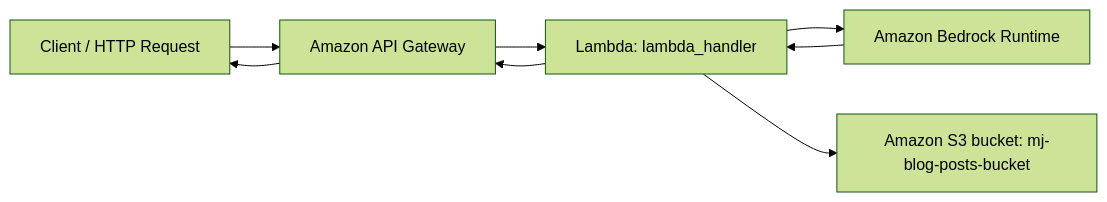
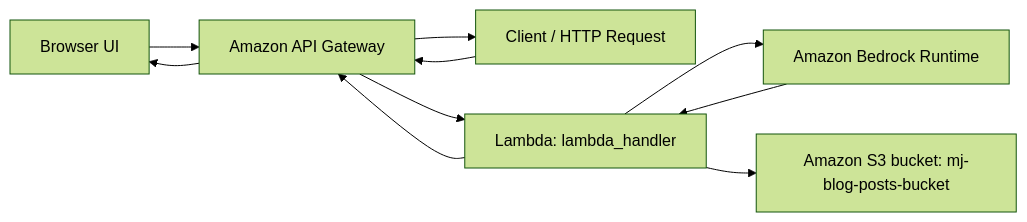
Before and after one commit to manishaj-code/blog-generation: the diagram in README.md, drawn with Mermaid (forest theme). The commit also changed other lines of this file, not shown here.

````diff
--- a/README.md
+++ b/README.md
@@ -21,10 +23,12 @@
 ```mermaid
 flowchart LR
-    U[Client / HTTP Request] --> APIGW[Amazon API Gateway]
+    UI[Browser UI] --> APIGW[Amazon API Gateway]
+    U[Client / HTTP Request] --> APIGW
     APIGW --> L[Lambda: lambda_handler]
     L --> B[Amazon Bedrock Runtime]
     B --> L
     L --> S3[Amazon S3 bucket: mj-blog-posts-bucket]
     L --> APIGW
+    APIGW --> UI
     APIGW --> U
 ```
````
